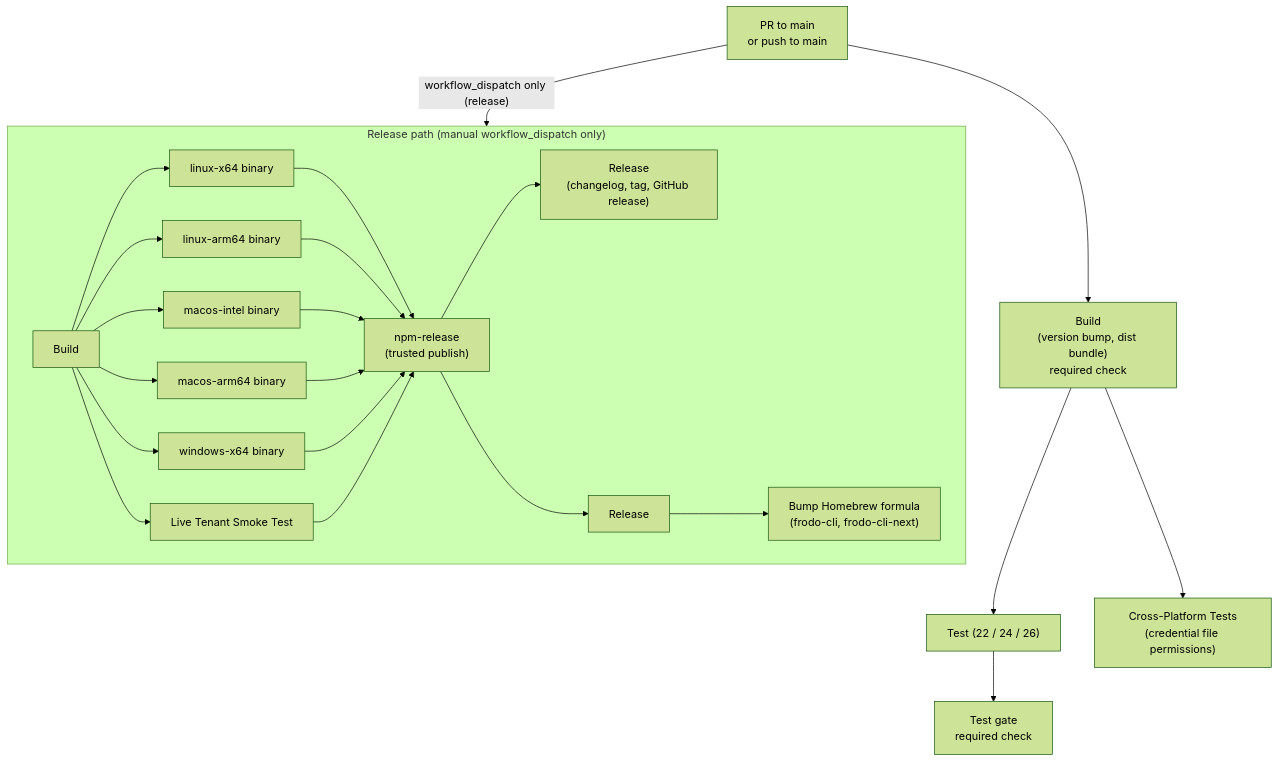
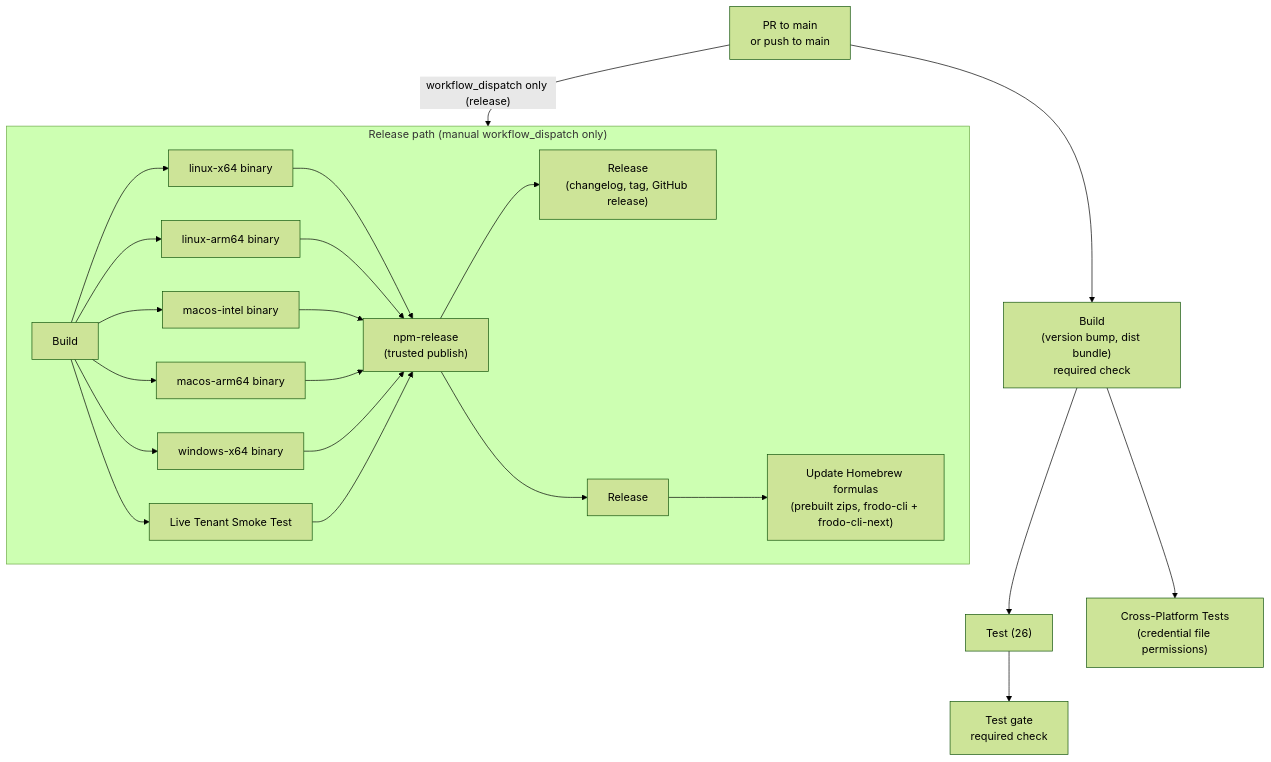
Before and after one commit to rockcarver/frodo-cli: the diagram in docs/PIPELINE.md, drawn with Mermaid (forest theme). The commit also changed other lines of this file and 4 other files, not shown here.

First line of the commit message:
build: Homebrew formulas install prebuilt release zips (8.5) (#742)

````diff
--- a/docs/PIPELINE.md
+++ b/docs/PIPELINE.md
@@ -14,22 +14,22 @@
 ```mermaid
 flowchart TD
     PR["PR to main<br/>or push to main"] --> B["Build<br/>(version bump, dist bundle)<br/>required check"]
-    B --> T["Test (22 / 24 / 26)"]
+    B --> T["Test (26)"]
     B --> X["Cross-Platform Tests<br/>(credential file permissions)"]
     T --> TG["Test gate<br/>required check"]
     PR -->|"workflow_dispatch only (release)"| RELPATH["Release path"]
 
     subgraph RELPATH ["Release path (manual workflow_dispatch only)"]
         B2["Build"] --> TL["Live Tenant Smoke Test"]
         B2 --> LX["linux-x64 binary"]
         B2 --> LA["linux-arm64 binary"]
         B2 --> MI["macos-intel binary"]
         B2 --> MA["macos-arm64 binary"]
         B2 --> WI["windows-x64 binary"]
         LX & LA & MI & MA & WI --> NR["npm-release<br/>(trusted publish)"]
         TL --> NR
         NR --> R["Release<br/>(changelog, tag, GitHub release)"]
-        R2["Release"] --> HB["Bump Homebrew formula<br/>(frodo-cli, frodo-cli-next)"]
+        R2["Release"] --> HB["Update Homebrew formulas<br/>(prebuilt zips, frodo-cli + frodo-cli-next)"]
         NR --> R2
     end
 ```
````
